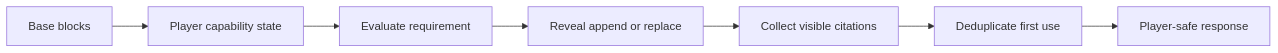
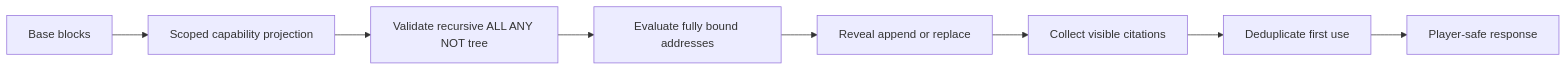
The diagram in docs/architecture/mermaid/process/p33-knowledge-disclosure.mmd (bkalaf/echoes-of-eidolon), drawn with Mermaid before and after one commit. The commit also changed 43 other files, not shown here.

```diff
--- a/docs/architecture/mermaid/process/p33-knowledge-disclosure.mmd
+++ b/docs/architecture/mermaid/process/p33-knowledge-disclosure.mmd
@@ -1,15 +1,17 @@
 %% Knowledge disclosure
 flowchart LR
   Baseblocks0["Base blocks"]
-  Playercapabilityst1["Player capability state"]
-  Evaluaterequiremen2["Evaluate requirement"]
-  Revealappendorrepl3["Reveal append or replace"]
-  Collectvisiblecita4["Collect visible citations"]
-  Deduplicatefirstus5["Deduplicate first use"]
-  Playersaferesponse6["Player-safe response"]
-  Baseblocks0 --> Playercapabilityst1
-  Playercapabilityst1 --> Evaluaterequiremen2
-  Evaluaterequiremen2 --> Revealappendorrepl3
-  Revealappendorrepl3 --> Collectvisiblecita4
-  Collectvisiblecita4 --> Deduplicatefirstus5
-  Deduplicatefirstus5 --> Playersaferesponse6
+  Scopedcapabilitypr1["Scoped capability projection"]
+  ValidaterecursiveA2["Validate recursive ALL ANY NOT tree"]
+  Evaluatefullybound3["Evaluate fully bound addresses"]
+  Revealappendorrepl4["Reveal append or replace"]
+  Collectvisiblecita5["Collect visible citations"]
+  Deduplicatefirstus6["Deduplicate first use"]
+  Playersaferesponse7["Player-safe response"]
+  Baseblocks0 --> Scopedcapabilitypr1
+  Scopedcapabilitypr1 --> ValidaterecursiveA2
+  ValidaterecursiveA2 --> Evaluatefullybound3
+  Evaluatefullybound3 --> Revealappendorrepl4
+  Revealappendorrepl4 --> Collectvisiblecita5
+  Collectvisiblecita5 --> Deduplicatefirstus6
+  Deduplicatefirstus6 --> Playersaferesponse7
```
